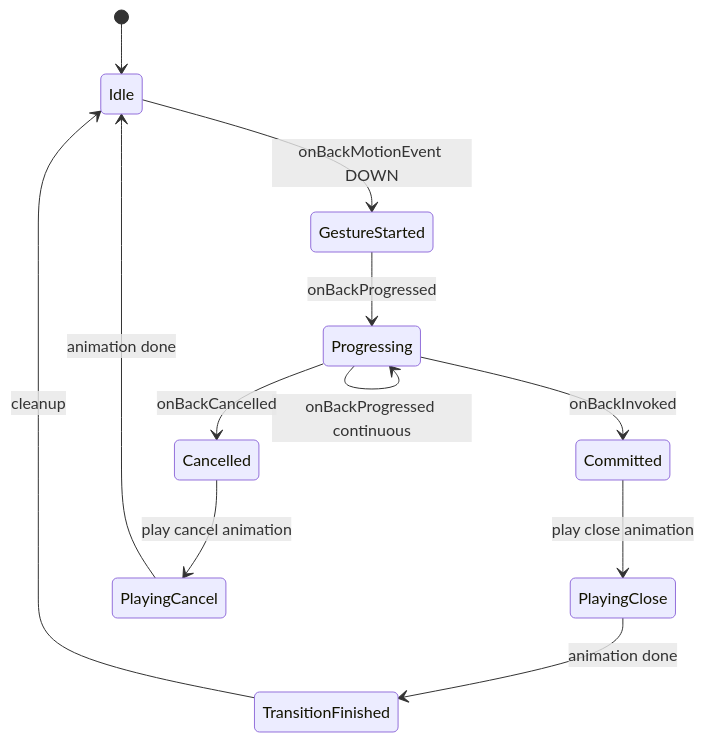
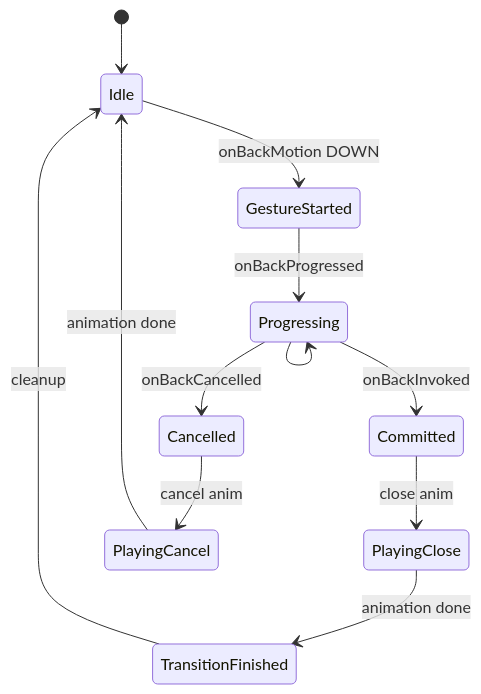
Diagram 26 of 47 in 14-animation-system.md (aospbooks/aosp-internal-book), drawn with Mermaid before and after one commit. The commit also changed other lines of this file and 218 other files, not shown here.

````diff
--- a/14-animation-system.md
+++ b/14-animation-system.md
@@ -2503,14 +2530,14 @@
 ```mermaid
 stateDiagram-v2
     [*] --> Idle
-    Idle --> GestureStarted: onBackMotionEvent DOWN
+    Idle --> GestureStarted: onBackMotion DOWN
     GestureStarted --> Progressing: onBackProgressed
-    Progressing --> Progressing: onBackProgressed continuous
+    Progressing --> Progressing
     Progressing --> Committed: onBackInvoked
     Progressing --> Cancelled: onBackCancelled
-    Committed --> PlayingClose: play close animation
-    Cancelled --> PlayingCancel: play cancel animation
+    Committed --> PlayingClose: close anim
+    Cancelled --> PlayingCancel: cancel anim
     PlayingClose --> TransitionFinished: animation done
     PlayingCancel --> Idle: animation done
     TransitionFinished --> Idle: cleanup
 ```
````
